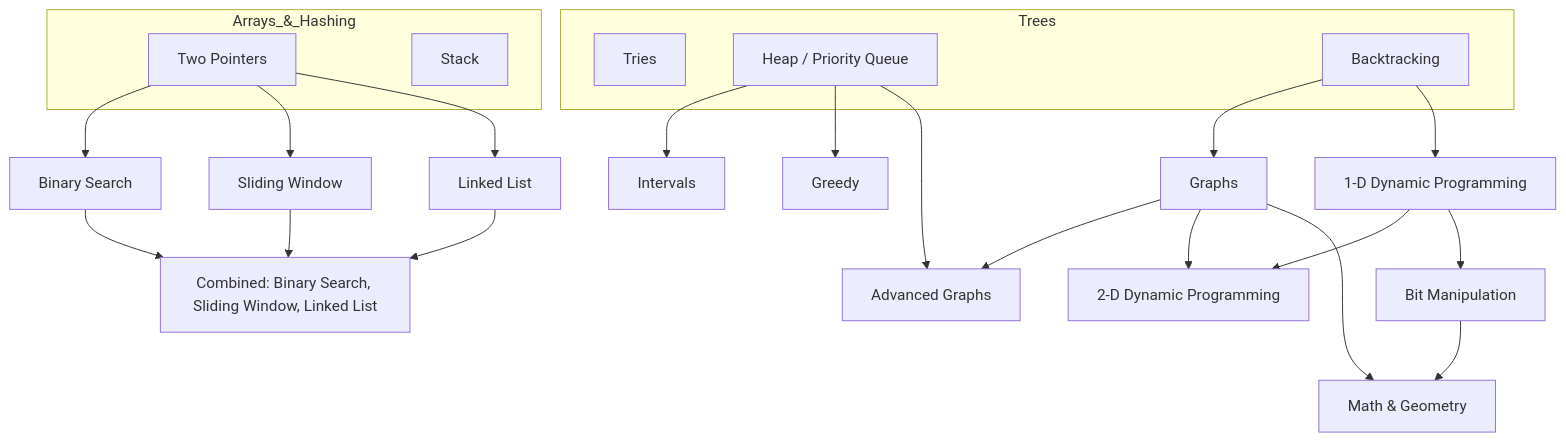
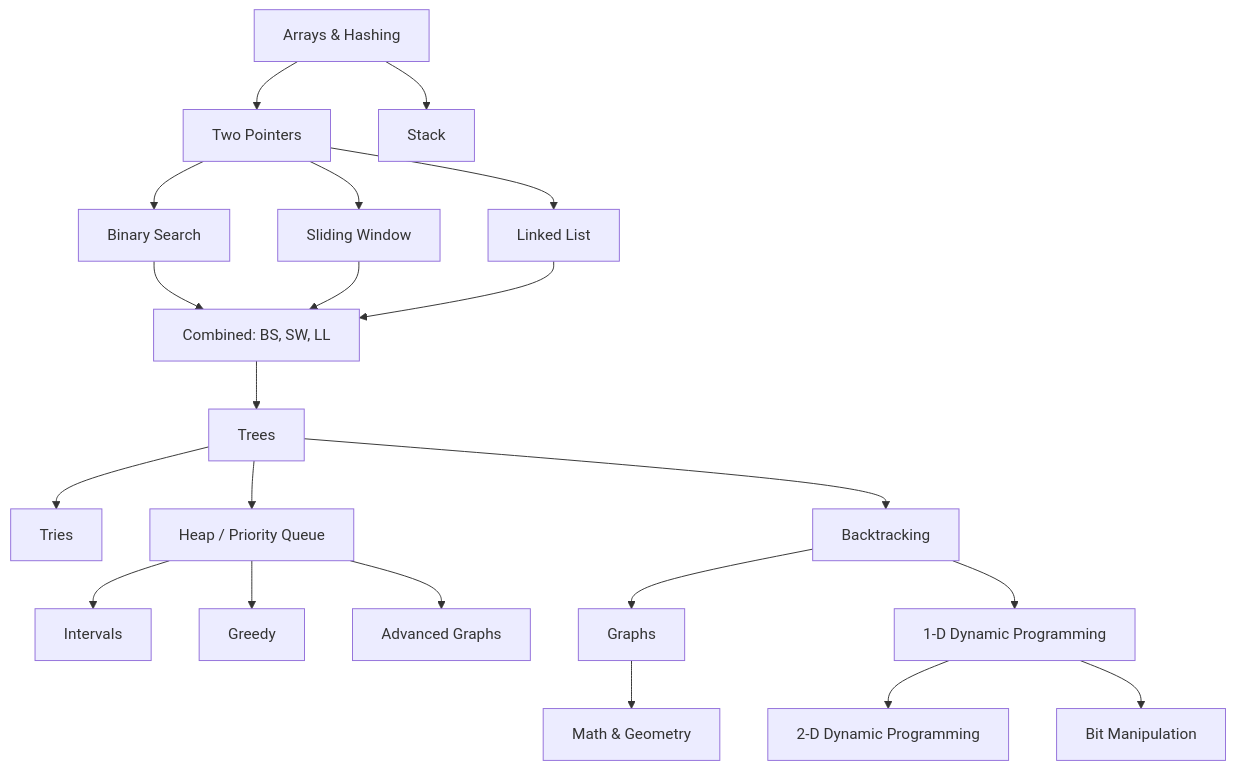
One commit to adityabehera2004/deets-leetcode changed the diagram in README.md. Above: the diagram before and after it, drawn with Mermaid. The commit also changed other lines of this file, not shown here.

Commit message:
new readme

````diff
--- a/README.md
+++ b/README.md
@@ -5,38 +5,23 @@
 ```mermaid
 graph TD
-
-subgraph Arrays_&_Hashing
-  B1[Two Pointers]
-  B2[Stack]
-end
-
-B1 --> C1[Binary Search]
-B1 --> C2[Sliding Window]
-B1 --> C3[Linked List]
-
-C1 --> D[Combined: Binary Search, Sliding Window, Linked List]
-C2 --> D
-C3 --> D
-
-subgraph Trees
-  E1[Tries]
-  E2[Heap / Priority Queue]
-  E3[Backtracking]
-end
-
-E2 --> F1[Intervals]
-E2 --> F2[Greedy]
-E2 --> F3[Advanced Graphs]
-
-E3 --> G1[Graphs]
-E3 --> G2[1-D Dynamic Programming]
-
-G2 --> H1[2-D Dynamic Programming]
-G2 --> H2[Bit Manipulation]
-
-G1 --> F3
-G1 --> H1
-G1 --> I1[Math & Geometry]
-
-H2 --> I1
+  A[Arrays & Hashing] --> B[Two Pointers]
+  A --> C[Stack]
+  B --> D[Binary Search]
+  B --> E[Sliding Window]
+  B --> F[Linked List]
+  D --> G[Combined: BS, SW, LL]
+  E --> G
+  F --> G
+  G --> H[Trees]
+  H --> I[Tries]
+  H --> J[Heap / Priority Queue]
+  H --> K[Backtracking]
+  J --> L[Intervals]
+  J --> M[Greedy]
+  J --> N[Advanced Graphs]
+  K --> O[Graphs]
+  K --> P[1-D Dynamic Programming]
+  P --> Q[2-D Dynamic Programming]
+  P --> R[Bit Manipulation]
+  O --> S[Math & Geometry]
 ```
````
